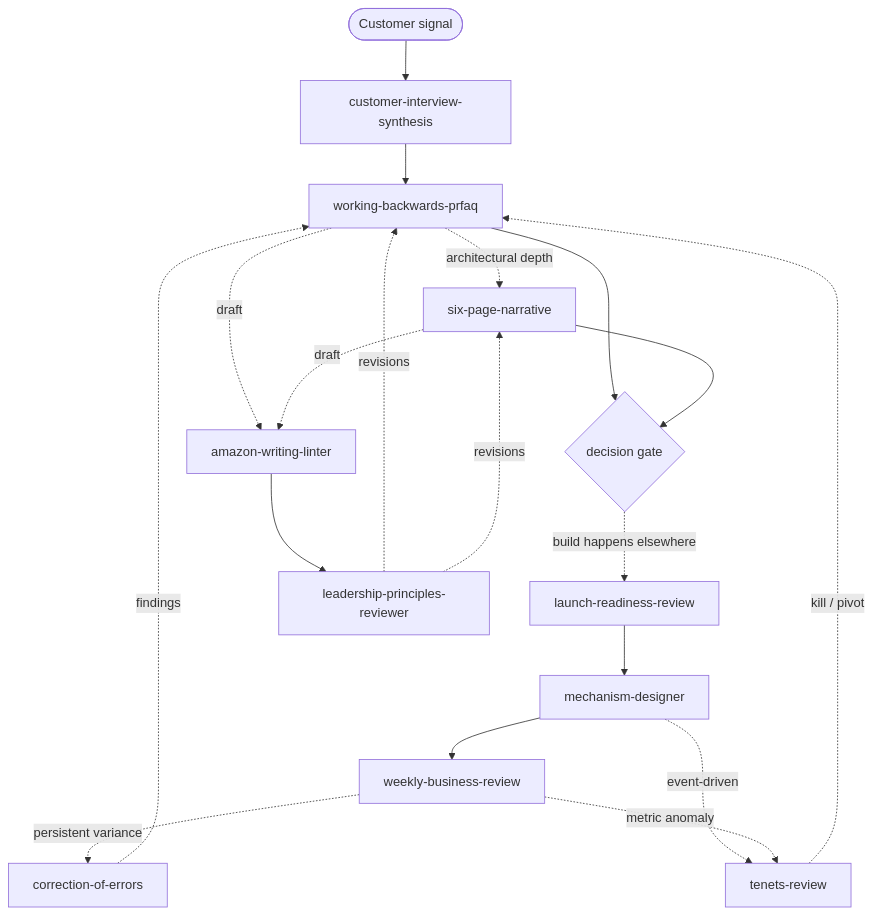
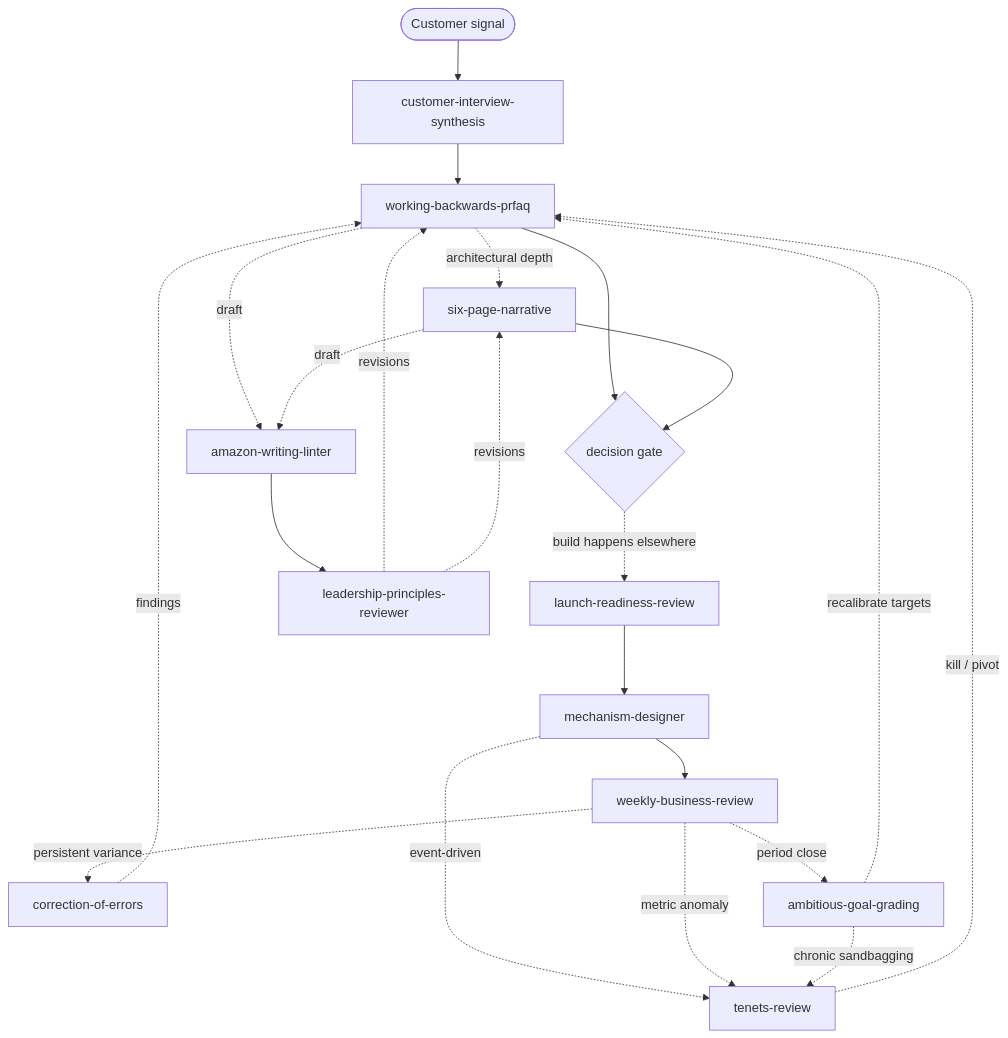
Before and after one commit to ford-at-home/amazonian: the diagram in README.md, drawn with Mermaid. The commit also changed other lines of this file and 10 other files, not shown here.

````diff
--- a/README.md
+++ b/README.md
@@ -42,22 +42,25 @@
 ```mermaid
 flowchart TD
     Signal([Customer signal]) --> CIS[customer-interview-synthesis]
     CIS --> PRFAQ[working-backwards-prfaq]
     PRFAQ -.->|architectural depth| SIX[six-page-narrative]
     PRFAQ --> GATE{decision gate}
     SIX --> GATE
     GATE -.->|build happens elsewhere| LRR[launch-readiness-review]
     LRR --> MECH[mechanism-designer]
     MECH --> WBR[weekly-business-review]
     WBR -.->|persistent variance| COE[correction-of-errors]
     COE -.->|findings| PRFAQ
     MECH -.->|event-driven| TR[tenets-review]
     WBR -.->|metric anomaly| TR
     TR -.->|kill / pivot| PRFAQ
+    WBR -.->|period close| AGG[ambitious-goal-grading]
+    AGG -.->|chronic sandbagging| TR
+    AGG -.->|recalibrate targets| PRFAQ
 
     PRFAQ -.->|draft| LINT[amazon-writing-linter]
     SIX -.->|draft| LINT
     LINT --> LPR[leadership-principles-reviewer]
     LPR -.->|revisions| PRFAQ
     LPR -.->|revisions| SIX
 ```
````
